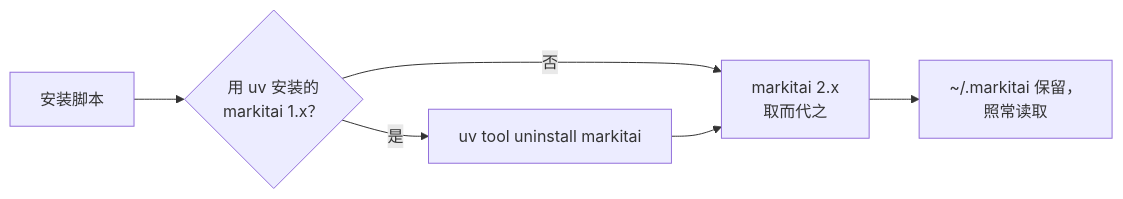
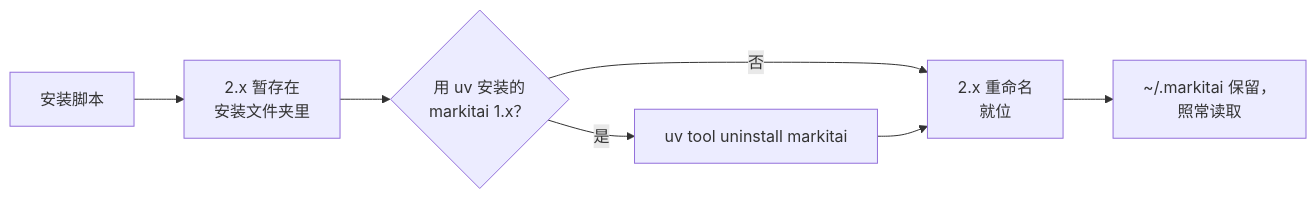
The diagram in website/zh/guide/upgrading.md (Ynewtime/markitai), drawn with Mermaid before and after one commit. The commit also changed other lines of this file and 16 other files, not shown here.

````diff
--- a/website/zh/guide/upgrading.md
+++ b/website/zh/guide/upgrading.md
@@ -11,8 +11,9 @@
 ```mermaid
 flowchart LR
-  S[安装脚本] --> U{"用 uv 安装的<br/>markitai 1.x？"}
+  S[安装脚本] --> N["2.x 暂存在<br/>安装文件夹里"]
+  N --> U{"用 uv 安装的<br/>markitai 1.x？"}
   U -->|是| R["uv tool uninstall markitai"]
   U -->|否| I
-  R --> I["markitai 2.x<br/>取而代之"]
+  R --> I["2.x 重命名<br/>就位"]
   I --> K["~/.markitai 保留，<br/>照常读取"]
 ```
````
